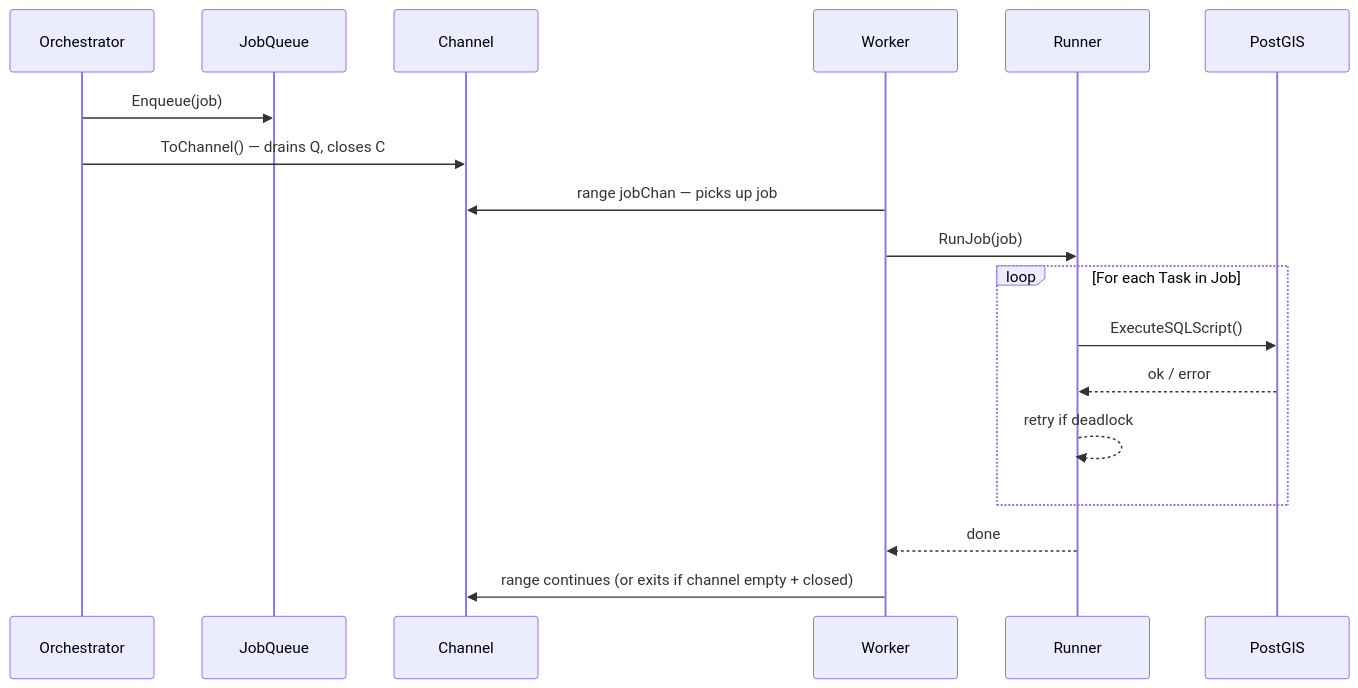
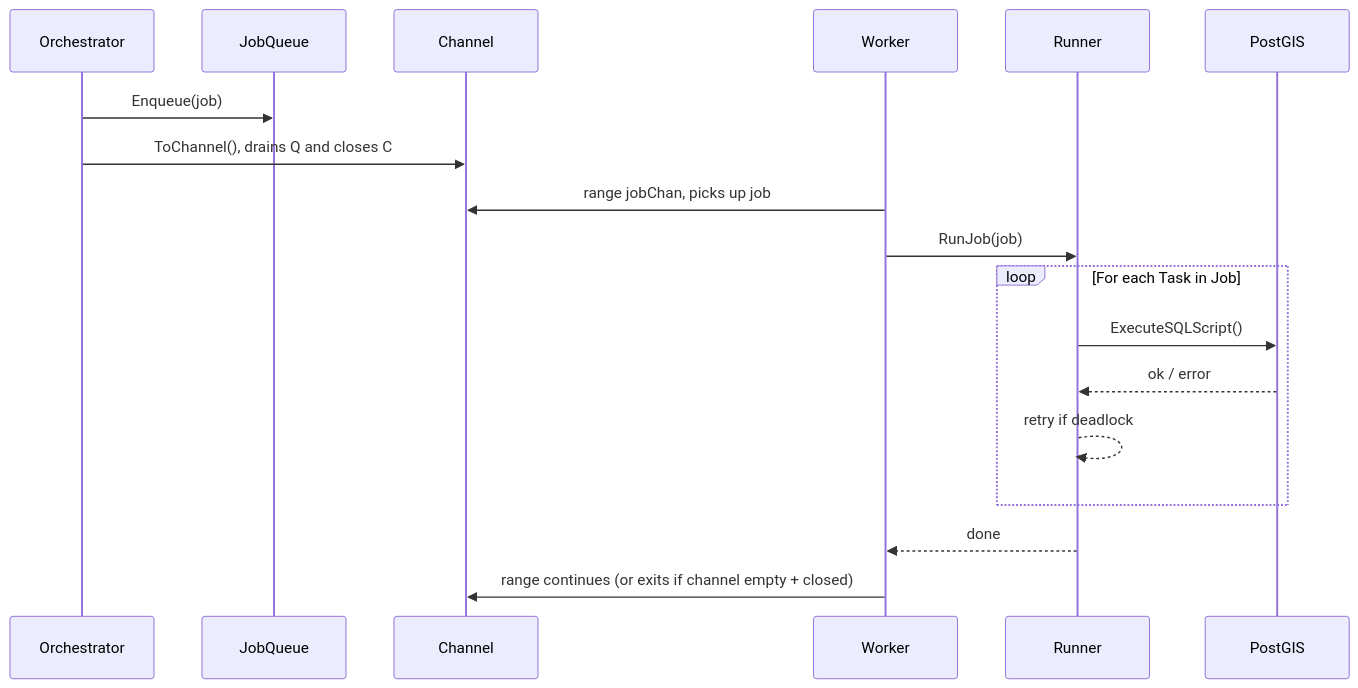
The diagram in docs/code/job-queue.md (THD-Spatial-AI/city2tabula), drawn with Mermaid before and after one commit. The commit also changed other lines of this file and 23 other files, not shown here.

````diff
--- a/docs/code/job-queue.md
+++ b/docs/code/job-queue.md
@@ -96,21 +98,21 @@
 ```mermaid
 sequenceDiagram
     participant O as Orchestrator
     participant Q as JobQueue
     participant C as Channel
     participant W as Worker
     participant R as Runner
     participant DB as PostGIS
 
     O->>Q: Enqueue(job)
-    O->>C: ToChannel() — drains Q, closes C
-    W->>C: range jobChan — picks up job
+    O->>C: ToChannel(), drains Q and closes C
+    W->>C: range jobChan, picks up job
     W->>R: RunJob(job)
     loop For each Task in Job
         R->>DB: ExecuteSQLScript()
         DB-->>R: ok / error
         R-->>R: retry if deadlock
     end
     R-->>W: done
     W->>C: range continues (or exits if channel empty + closed)
 ```
````
